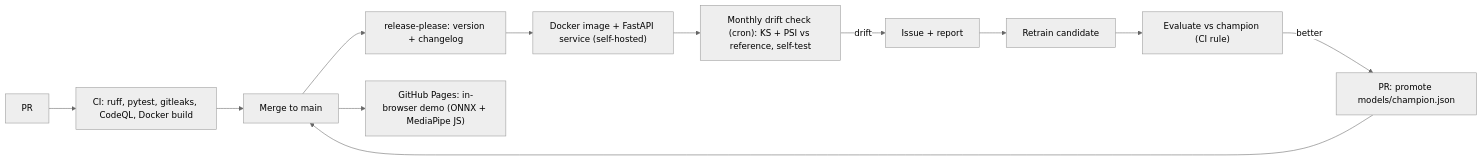
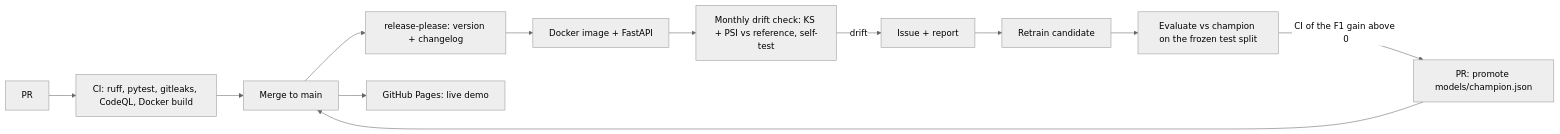
One commit to gabrielkpo/Fall-detection changed the second of 2 diagrams in README.md. Above: the diagram before and after it, drawn with Mermaid (neutral theme). The commit also changed other lines of this file and 17 other files, not shown here.

````diff
--- a/README.md
+++ b/README.md
@@ -8,14 +30,14 @@
 ```mermaid
 flowchart LR
     A[PR] --> B["CI: ruff, pytest, gitleaks, CodeQL, Docker build"]
     B --> C[Merge to main]
     C --> D["release-please: version + changelog"]
-    C --> E["GitHub Pages: in-browser demo (ONNX + MediaPipe JS)"]
-    D --> F["Docker image + FastAPI service (self-hosted)"]
-    F --> G["Monthly drift check (cron): KS + PSI vs reference, self-test"]
+    C --> E["GitHub Pages: live demo"]
+    D --> F["Docker image + FastAPI"]
+    F --> G["Monthly drift check: KS + PSI vs reference, self-test"]
     G -->|drift| H[Issue + report]
     H --> I["Retrain candidate"]
-    I --> J["Evaluate vs champion (CI rule)"]
-    J -->|better| K["PR: promote models/champion.json"]
+    I --> J["Evaluate vs champion on the frozen test split"]
+    J -->|CI of the F1 gain above 0| K["PR: promote models/champion.json"]
     K --> C
 ```
````
